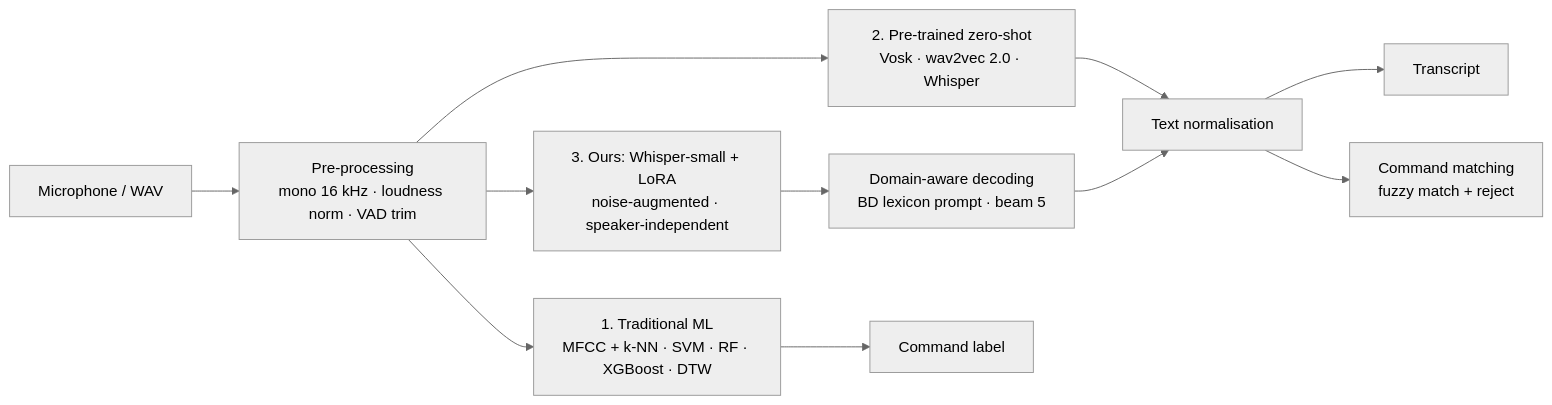
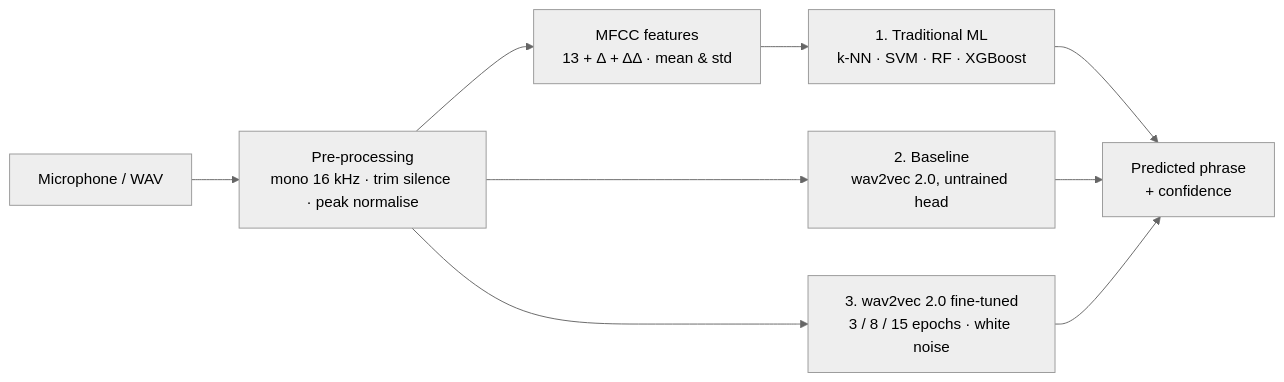
One commit to minhaz-42/Voices-Speech-Recognition-445 changed the diagram in docs/PROJECT_PLAN.md. Above: the diagram before and after it, drawn with Mermaid (neutral theme). The commit also changed other lines of this file and 12 other files, not shown here.

````diff
--- a/docs/PROJECT_PLAN.md
+++ b/docs/PROJECT_PLAN.md
@@ -114,13 +108,11 @@
 ```mermaid
 flowchart LR
-    A[Microphone / WAV] --> B[Pre-processing<br/>mono 16 kHz · loudness norm · VAD trim]
-    B --> T[1. Traditional ML<br/>MFCC + k-NN · SVM · RF · XGBoost · DTW]
-    B --> Z[2. Pre-trained zero-shot<br/>Vosk · wav2vec 2.0 · Whisper]
-    B --> O[3. Ours: Whisper-small + LoRA<br/>noise-augmented · speaker-independent]
-    O --> D[Domain-aware decoding<br/>BD lexicon prompt · beam 5]
-    Z --> N[Text normalisation]
-    D --> N
-    T --> C[Command label]
-    N --> F[Transcript]
-    N --> M[Command matching<br/>fuzzy match + reject]
+    A[Microphone / WAV] --> B[Pre-processing<br/>mono 16 kHz · trim silence · peak normalise]
+    B --> M[MFCC features<br/>13 + Δ + ΔΔ · mean & std]
+    M --> T[1. Traditional ML<br/>k-NN · SVM · RF · XGBoost]
+    B --> U[2. Baseline<br/>wav2vec 2.0, untrained head]
+    B --> W[3. wav2vec 2.0 fine-tuned<br/>3 / 8 / 15 epochs · white noise]
+    T --> P[Predicted phrase<br/>+ confidence]
+    U --> P
+    W --> P
 ```
````
